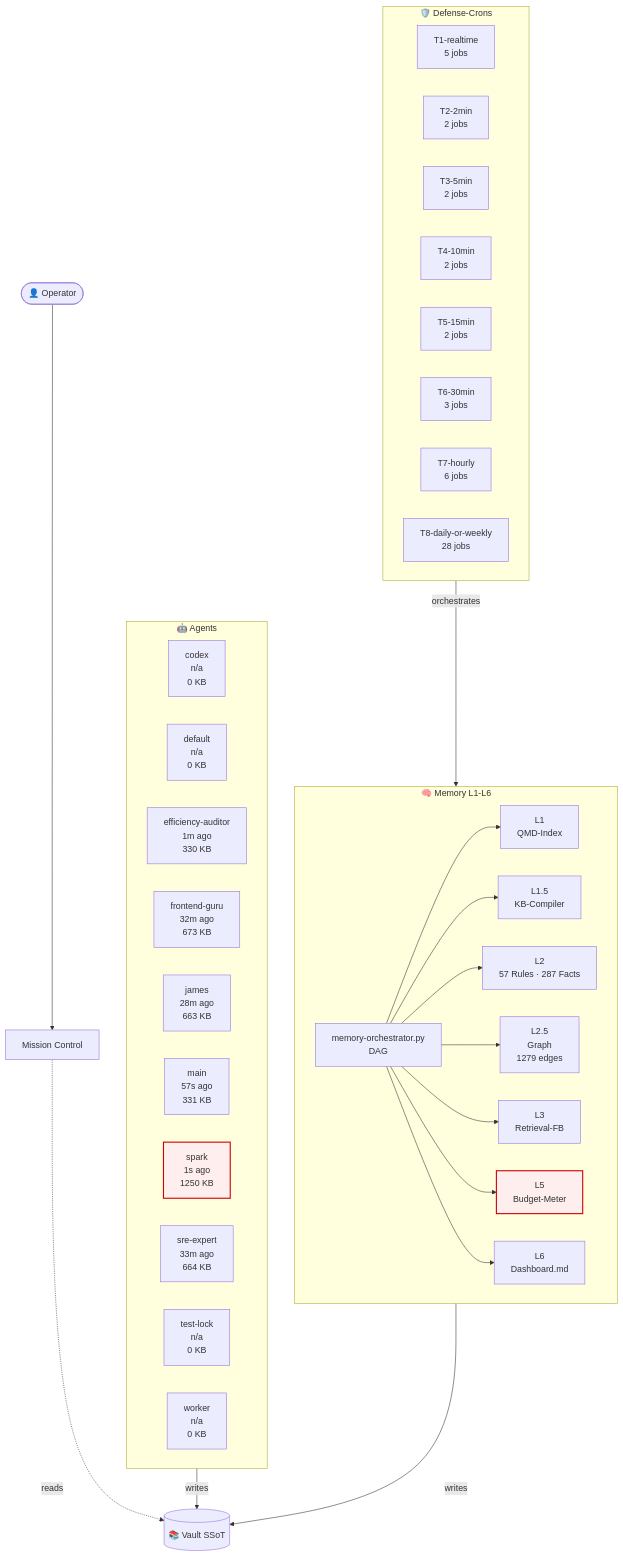
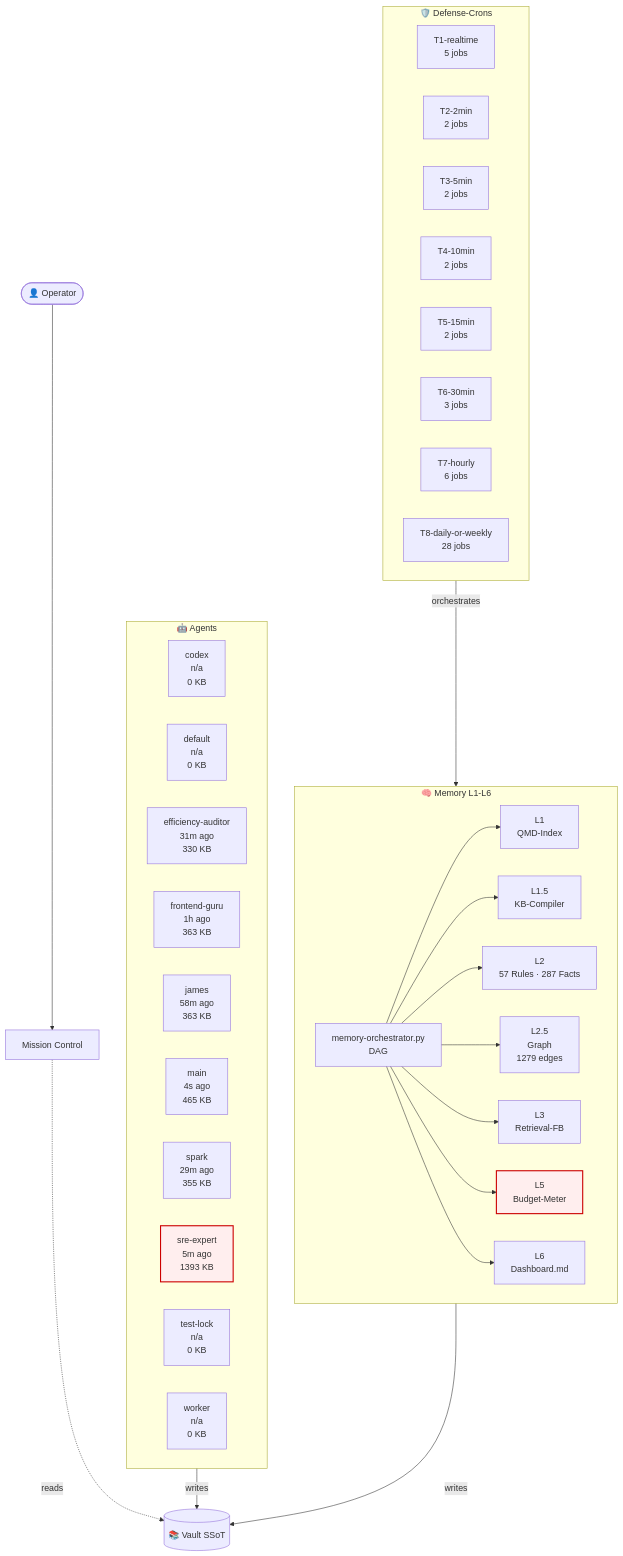
The diagram in 03-Agents/architecture-live.md (lenardhuebner88-rgb/openclaw-memory), drawn with Mermaid before and after one commit. The commit also changed other lines of this file and 16 other files, not shown here.

````diff
--- a/03-Agents/architecture-live.md
+++ b/03-Agents/architecture-live.md
@@ -18,53 +18,53 @@
 ```mermaid
 flowchart TB
     classDef critical fill:#fee,stroke:#c00,stroke-width:2px;
     subgraph AGT["🤖 Agents"]
         agent_codex["codex<br/>n/a<br/>0 KB"]
         agent_default["default<br/>n/a<br/>0 KB"]
-        agent_efficiency_auditor["efficiency-auditor<br/>1m ago<br/>330 KB"]
-        agent_frontend_guru["frontend-guru<br/>32m ago<br/>673 KB"]
-        agent_james["james<br/>28m ago<br/>663 KB"]
-        agent_main["main<br/>57s ago<br/>331 KB"]
-        agent_spark["spark<br/>1s ago<br/>1250 KB"]
-        agent_sre_expert["sre-expert<br/>33m ago<br/>664 KB"]
+        agent_efficiency_auditor["efficiency-auditor<br/>31m ago<br/>330 KB"]
+        agent_frontend_guru["frontend-guru<br/>1h ago<br/>363 KB"]
+        agent_james["james<br/>58m ago<br/>363 KB"]
+        agent_main["main<br/>4s ago<br/>465 KB"]
+        agent_spark["spark<br/>29m ago<br/>355 KB"]
+        agent_sre_expert["sre-expert<br/>5m ago<br/>1393 KB"]
         agent_test_lock["test-lock<br/>n/a<br/>0 KB"]
         agent_worker["worker<br/>n/a<br/>0 KB"]
     end
     subgraph MEM["🧠 Memory L1-L6"]
         L1["L1<br/>QMD-Index"]
         L15["L1.5<br/>KB-Compiler"]
         L2["L2<br/>57 Rules · 287 Facts"]
         L25["L2.5<br/>Graph<br/>1279 edges"]
         L3["L3<br/>Retrieval-FB"]
         L5["L5<br/>Budget-Meter"]
         L6["L6<br/>Dashboard.md"]
         ORCH["memory-orchestrator.py<br/>DAG"]
     end
     subgraph CRN["🛡️ Defense-Crons"]
         tier_T1_realtime["T1-realtime<br/>5 jobs"]
         tier_T2_2min["T2-2min<br/>2 jobs"]
         tier_T3_5min["T3-5min<br/>2 jobs"]
         tier_T4_10min["T4-10min<br/>2 jobs"]
         tier_T5_15min["T5-15min<br/>2 jobs"]
         tier_T6_30min["T6-30min<br/>3 jobs"]
         tier_T7_hourly["T7-hourly<br/>6 jobs"]
         tier_T8_daily_or_weekly["T8-daily-or-weekly<br/>28 jobs"]
     end
     VAULT[("📚 Vault SSoT")]
     OP([👤 Operator])
     MC["Mission Control"]
     OP --> MC
     MC -.reads.-> VAULT
     AGT -->|writes| VAULT
     MEM -->|writes| VAULT
     ORCH --> L1
     ORCH --> L15
     ORCH --> L2
     ORCH --> L25
     ORCH --> L3
     ORCH --> L5
     ORCH --> L6
     CRN -->|orchestrates| MEM
     class L5 critical
-    class agent_spark critical
+    class agent_sre_expert critical
 ```
````
